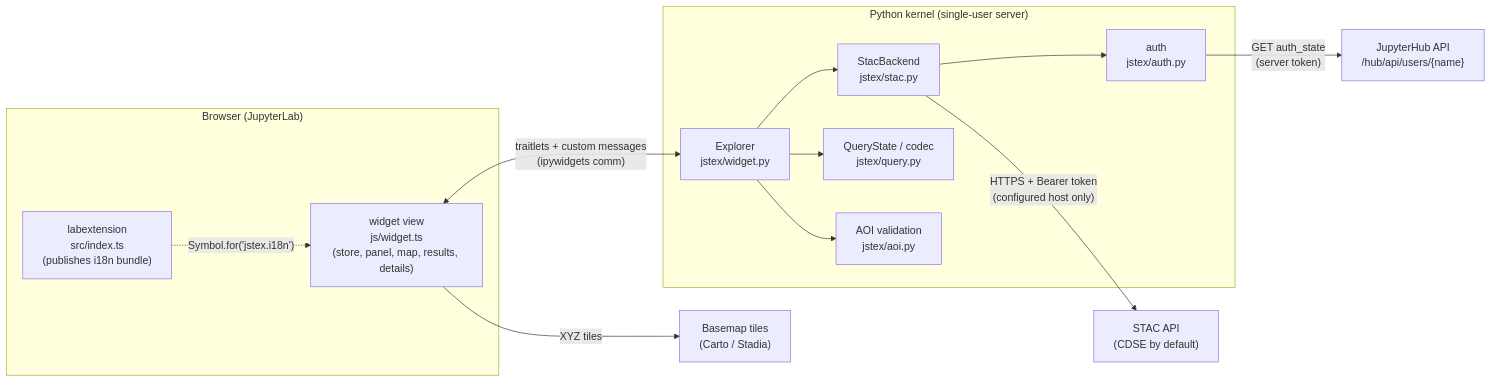
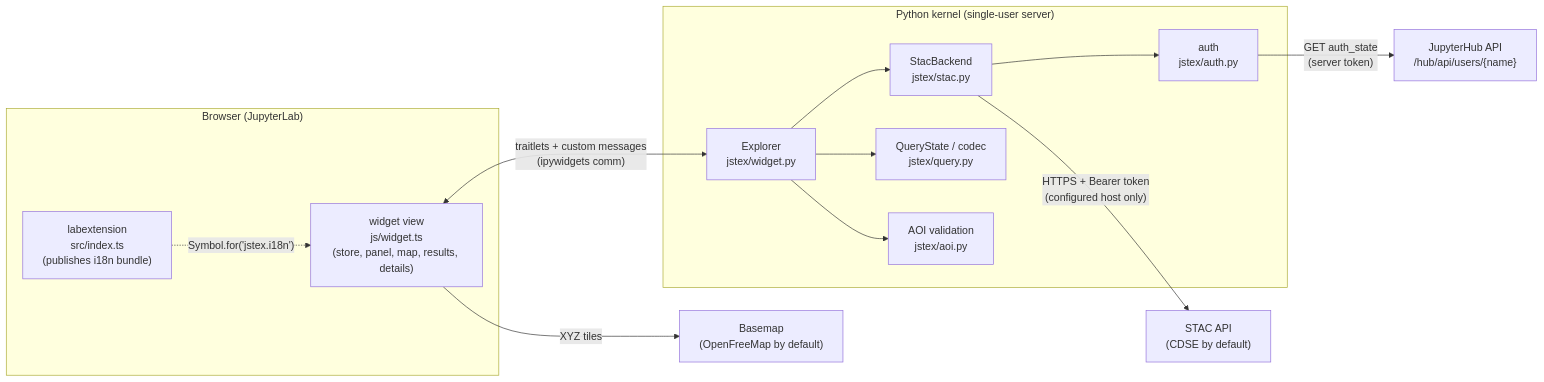
Before and after one commit to alek-cesarz/jstex: the first of 3 diagrams in docs/architecture.md, drawn with Mermaid. The commit also changed other lines of this file and 16 other files, not shown here.

First line of the commit message:
feat(map): OpenFreeMap Positron basemap in both themes; map controls in the widget's style

````diff
--- a/docs/architecture.md
+++ b/docs/architecture.md
@@ -34,27 +34,27 @@
 ```mermaid
 flowchart LR
   subgraph Browser["Browser (JupyterLab)"]
     LX["labextension<br/>src/index.ts<br/>(publishes i18n bundle)"]
     W["widget view<br/>js/widget.ts<br/>(store, panel, map, results, details)"]
   end
   subgraph Kernel["Python kernel (single-user server)"]
     E["Explorer<br/>jstex/widget.py"]
     B["StacBackend<br/>jstex/stac.py"]
     A["auth<br/>jstex/auth.py"]
     Q["QueryState / codec<br/>jstex/query.py"]
     AO["AOI validation<br/>jstex/aoi.py"]
   end
   HUB["JupyterHub API<br/>/hub/api/users/{name}"]
   STAC["STAC API<br/>(CDSE by default)"]
-  TILES["Basemap tiles<br/>(Carto / Stadia)"]
+  TILES["Basemap<br/>(OpenFreeMap by default)"]
 
   LX -. "Symbol.for('jstex.i18n')" .-> W
   W <-- "traitlets + custom messages<br/>(ipywidgets comm)" --> E
   E --> B
   E --> Q
   E --> AO
   B --> A
   A -- "GET auth_state<br/>(server token)" --> HUB
   B -- "HTTPS + Bearer token<br/>(configured host only)" --> STAC
   W -- "XYZ tiles" --> TILES
 ```
````
